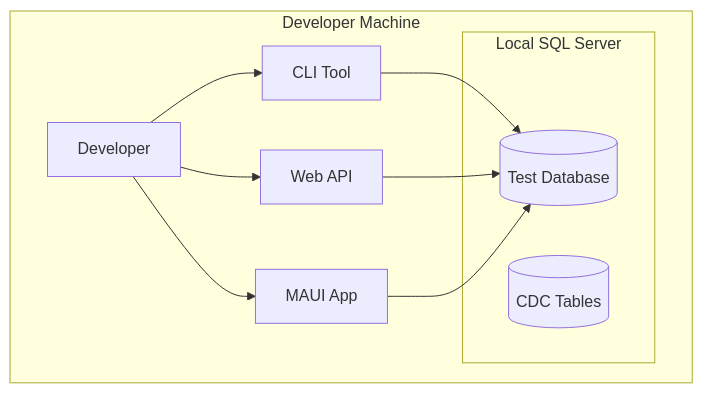
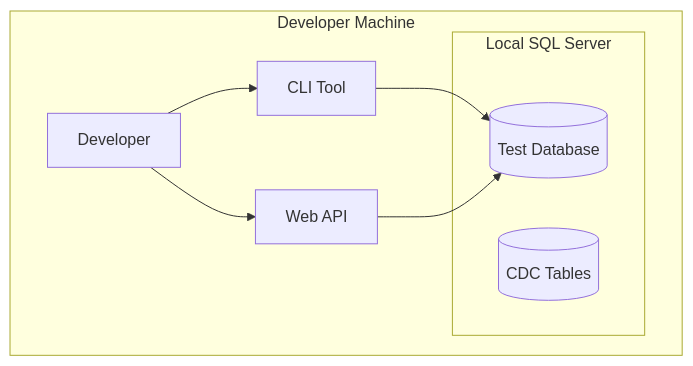
The first of 4 diagrams in docs/deployment.md (ericroliver/cdc-me), drawn with Mermaid before and after one commit. The commit also changed other lines of this file and 44 other files, not shown here.

Commit message:
removing the maui app

````diff
--- a/docs/deployment.md
+++ b/docs/deployment.md
@@ -11,21 +11,18 @@
 ```mermaid
 graph TB
     subgraph "Developer Machine"
         DEV[Developer]
         CLI[CLI Tool]
         API[Web API]
-        MAUI[MAUI App]
 
         subgraph "Local SQL Server"
             DB[(Test Database)]
             CDC[(CDC Tables)]
         end
     end
 
     DEV --> CLI
     DEV --> API
-    DEV --> MAUI
     CLI --> DB
     API --> DB
-    MAUI --> DB
 ```
````
